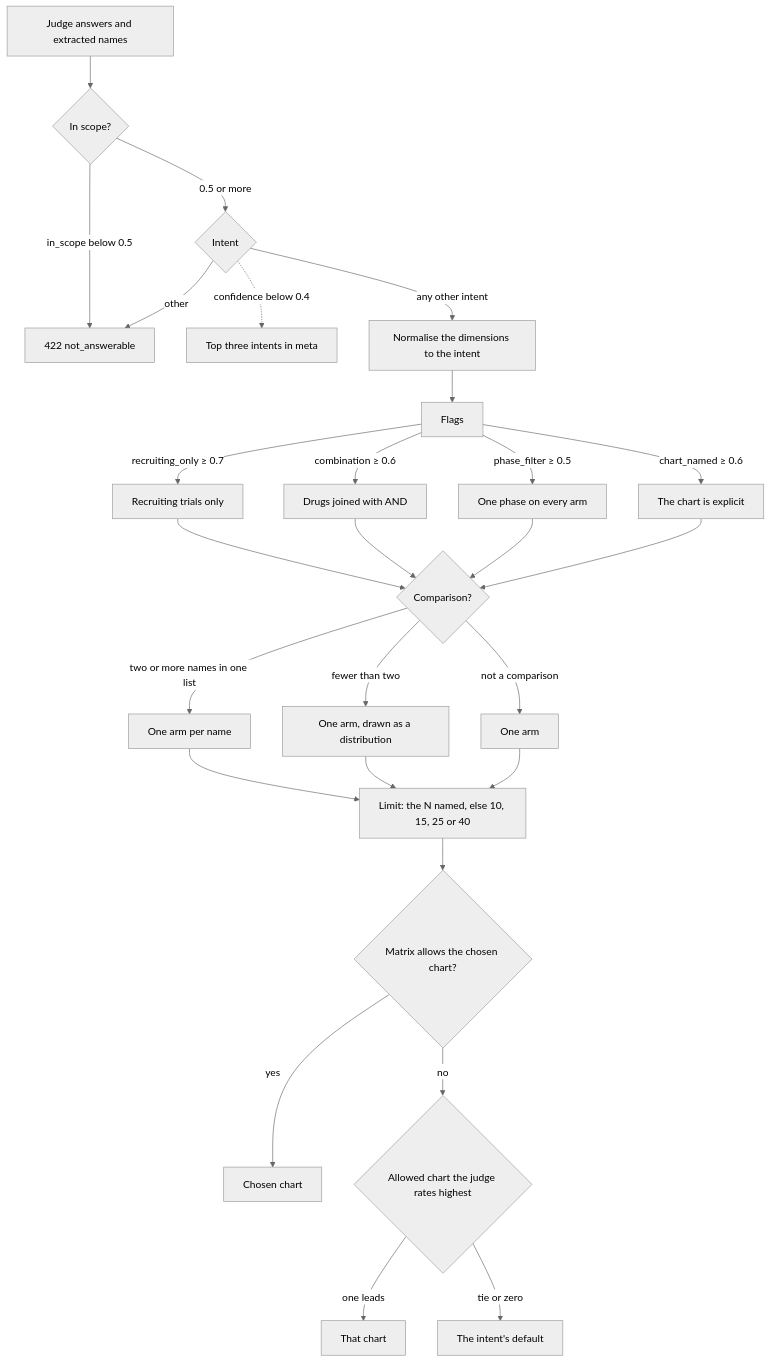
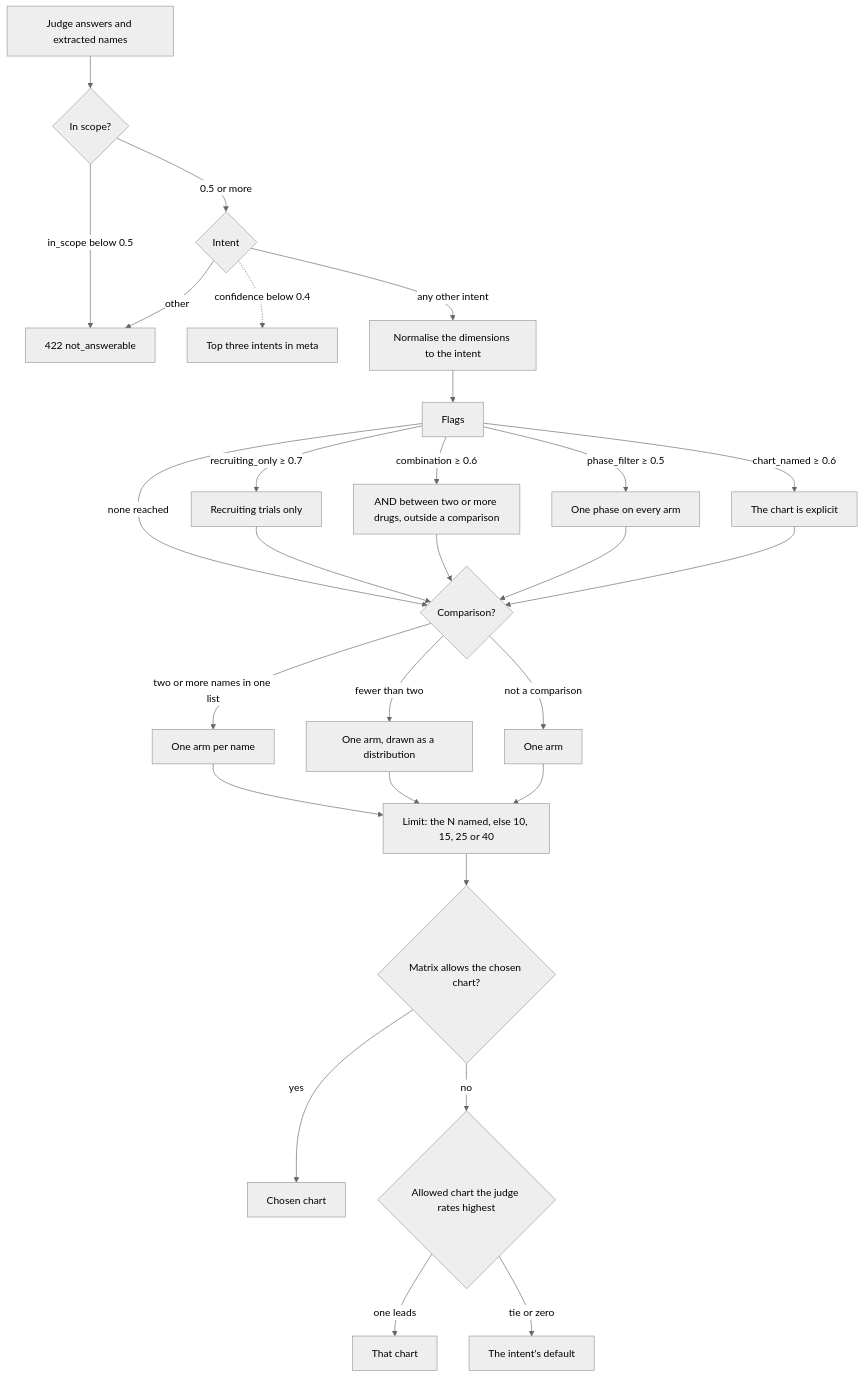
Before and after one commit to ojpbarbosa/chatctg: the third of 4 diagrams in README.md, drawn with Mermaid (neutral theme). The commit also changed other lines of this file, not shown here.

Commit message:
Re-sync the README with the regenerated examples and 310 tests, credit the author with the 25 original evaluation questions, cite a melanoma trial on the sankey's largest link, and tighten the planner diagram, the matrix note, the series cap, the extraction row and the deploy steps

````diff
--- a/README.md
+++ b/README.md
@@ -222,24 +222,25 @@
 ```mermaid
 flowchart TD
   IN[Judge answers and extracted names] --> SC{In scope?}
   SC -- "in_scope below 0.5" --> NA[422 not_answerable]
   SC -- "0.5 or more" --> IT{Intent}
   IT -- other --> NA
   IT -. "confidence below 0.4" .-> ALT[Top three intents in meta]
   IT -- "any other intent" --> NO[Normalise the dimensions to the intent]
   NO --> FL[Flags]
   FL -- "recruiting_only ≥ 0.7" --> F1[Recruiting trials only]
-  FL -- "combination ≥ 0.6" --> F2[Drugs joined with AND]
+  FL -- "combination ≥ 0.6" --> F2["AND between two or more drugs, outside a comparison"]
   FL -- "phase_filter ≥ 0.5" --> F3[One phase on every arm]
   FL -- "chart_named ≥ 0.6" --> F4[The chart is explicit]
+  FL -- "none reached" --> AR
   F1 & F2 & F3 & F4 --> AR{Comparison?}
   AR -- "two or more names in one list" --> AN[One arm per name]
   AR -- "fewer than two" --> A1[One arm, drawn as a distribution]
   AR -- "not a comparison" --> A2[One arm]
   AN & A1 & A2 --> LI["Limit: the N named, else 10, 15, 25 or 40"]
   LI --> MX{Matrix allows the chosen chart?}
   MX -- yes --> CH[Chosen chart]
   MX -- no --> PR{Allowed chart the judge rates highest}
   PR -- "one leads" --> NX[That chart]
   PR -- "tie or zero" --> DF[The intent's default]
 ```
````
